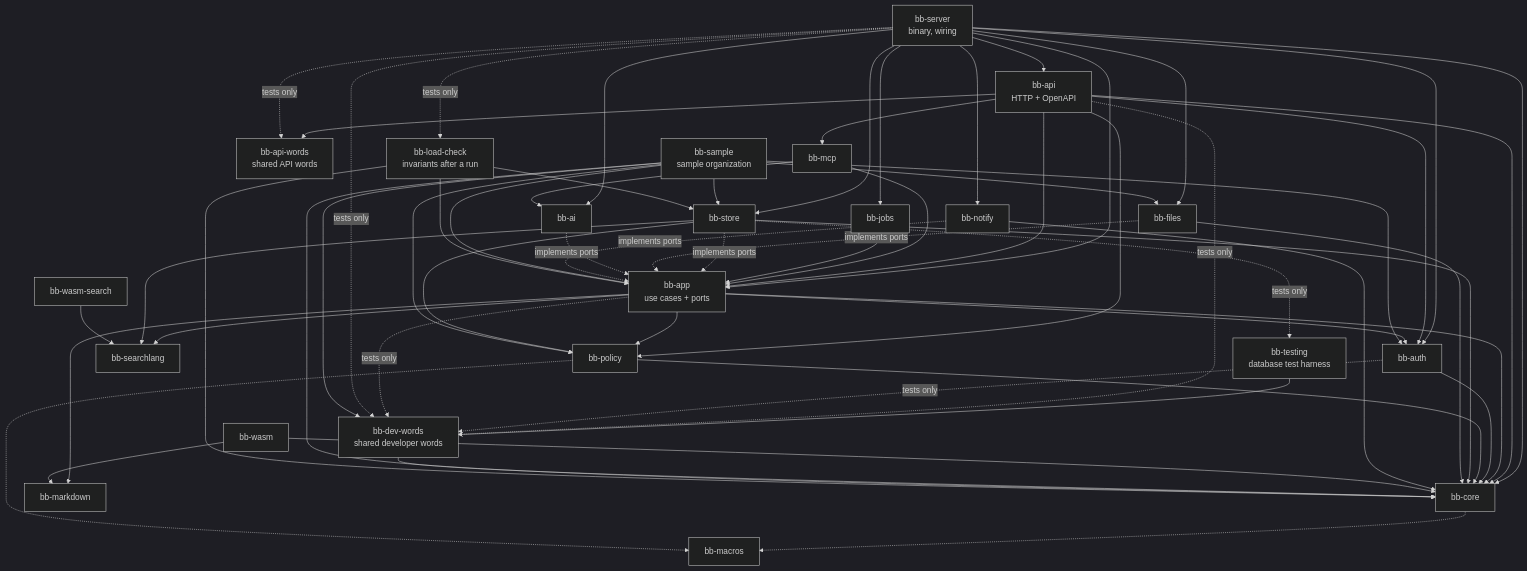
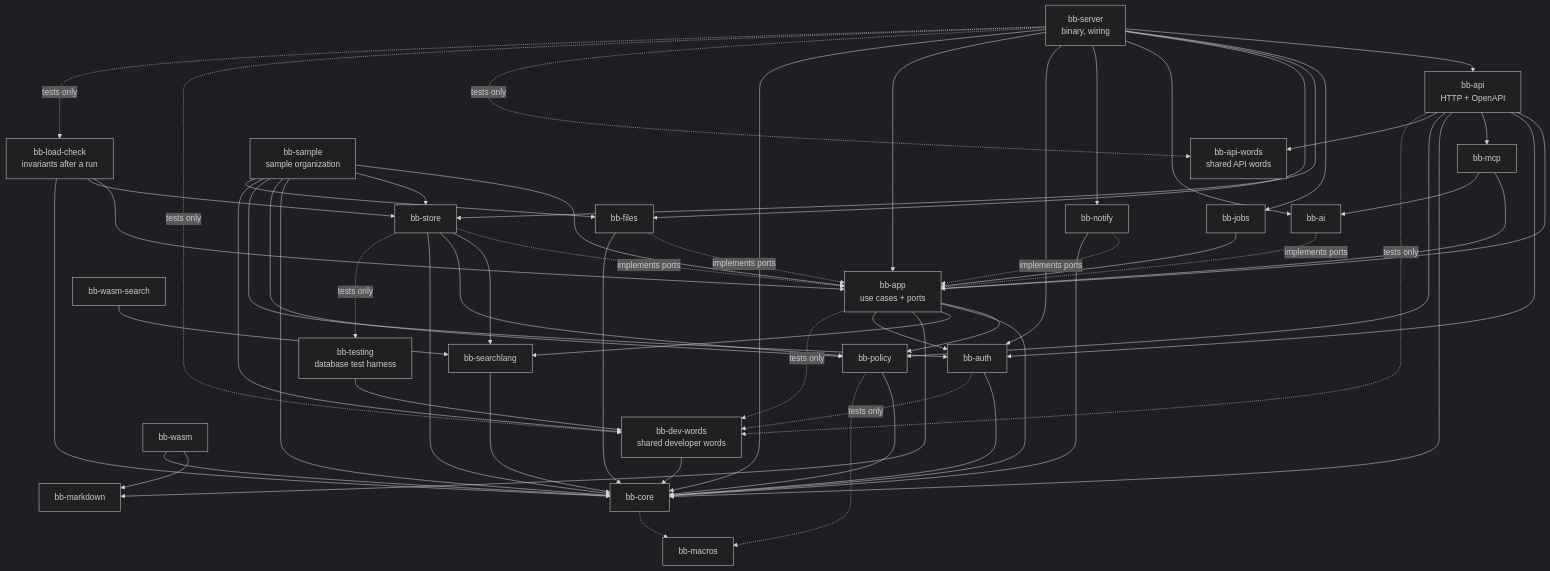
One commit to Nusi42/Bugaboo changed the diagram in docs/architecture/04-building-blocks.md. Above: the diagram before and after it, drawn with Mermaid (dark theme). The commit also changed other lines of this file and 8 other files, not shown here.

````diff
--- a/docs/architecture/04-building-blocks.md
+++ b/docs/architecture/04-building-blocks.md
@@ -49,55 +49,56 @@
 ```mermaid
 flowchart TB
   server["bb-server<br/>binary, wiring"]
   api["bb-api<br/>HTTP + OpenAPI"]
   words["bb-api-words<br/>shared API words"]
   devwords["bb-dev-words<br/>shared developer words"]
   mcp["bb-mcp"]
   app["bb-app<br/>use cases + ports"]
   policy["bb-policy"]
   core["bb-core"]
   macros["bb-macros"]
   search["bb-searchlang"]
   md["bb-markdown"]
   store["bb-store"]
   files["bb-files"]
   auth["bb-auth"]
   ai["bb-ai"]
   notify["bb-notify"]
   jobs["bb-jobs"]
   wasm["bb-wasm"]
   wasmsearch["bb-wasm-search"]
   testing["bb-testing<br/>database test harness"]
   sample["bb-sample<br/>sample organization"]
   loadcheck["bb-load-check<br/>invariants after a run"]
 
   server --> api & jobs & store & files & ai & notify & auth & app & core
   api --> app & auth & mcp & core & policy & words
   mcp --> app & ai
   jobs --> app
   app --> policy & core & search & md & auth
   auth --> core
   policy --> core
   core -.-> macros
   policy -.-> macros
+  search --> core
   store -. implements ports .-> app
   files -. implements ports .-> app
   ai -. implements ports .-> app
   notify -. implements ports .-> app
   store --> search & policy & core
   files --> core
   notify --> core
   wasm --> md & core
   wasmsearch --> search
   store -. tests only .-> testing
   server -. tests only .-> words
   testing --> devwords
   devwords --> core
   api -. tests only .-> devwords
   auth -. tests only .-> devwords
   app -. tests only .-> devwords
   server -. tests only .-> devwords
   sample --> app & store & core & policy & auth & devwords & files
   loadcheck --> app & store & core
   server -. tests only .-> loadcheck
 ```
````
